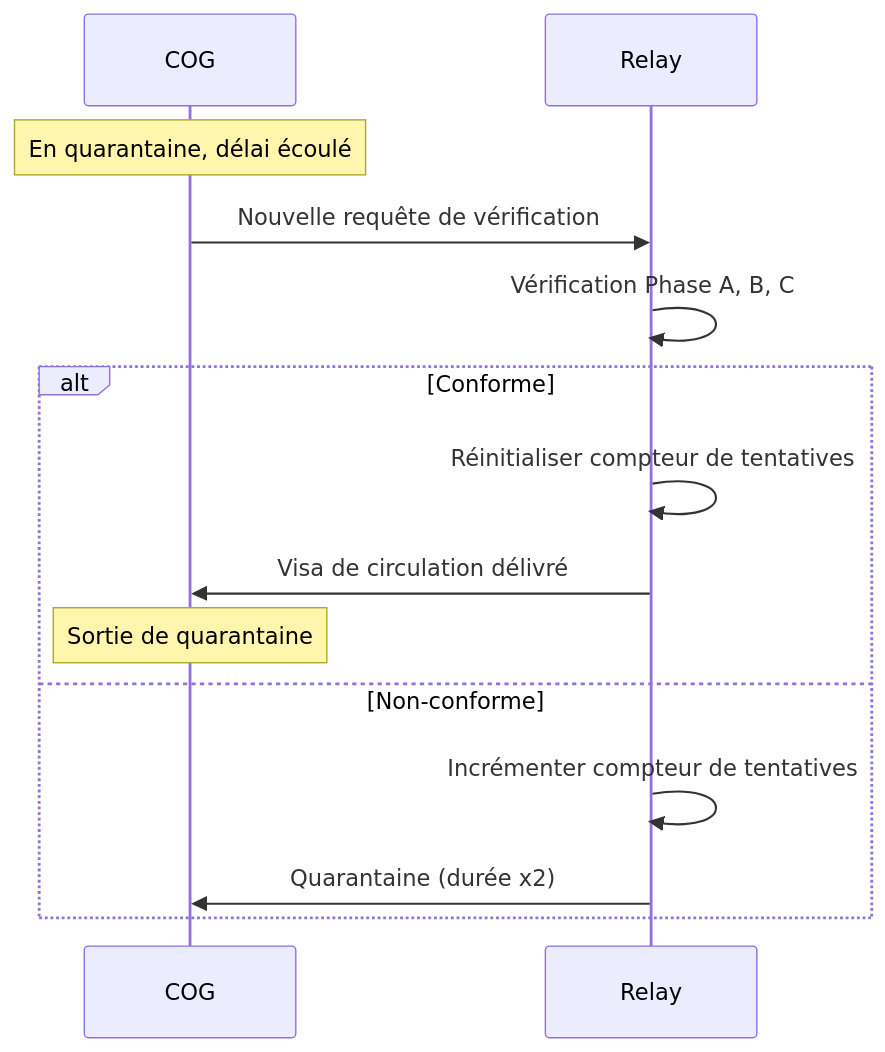
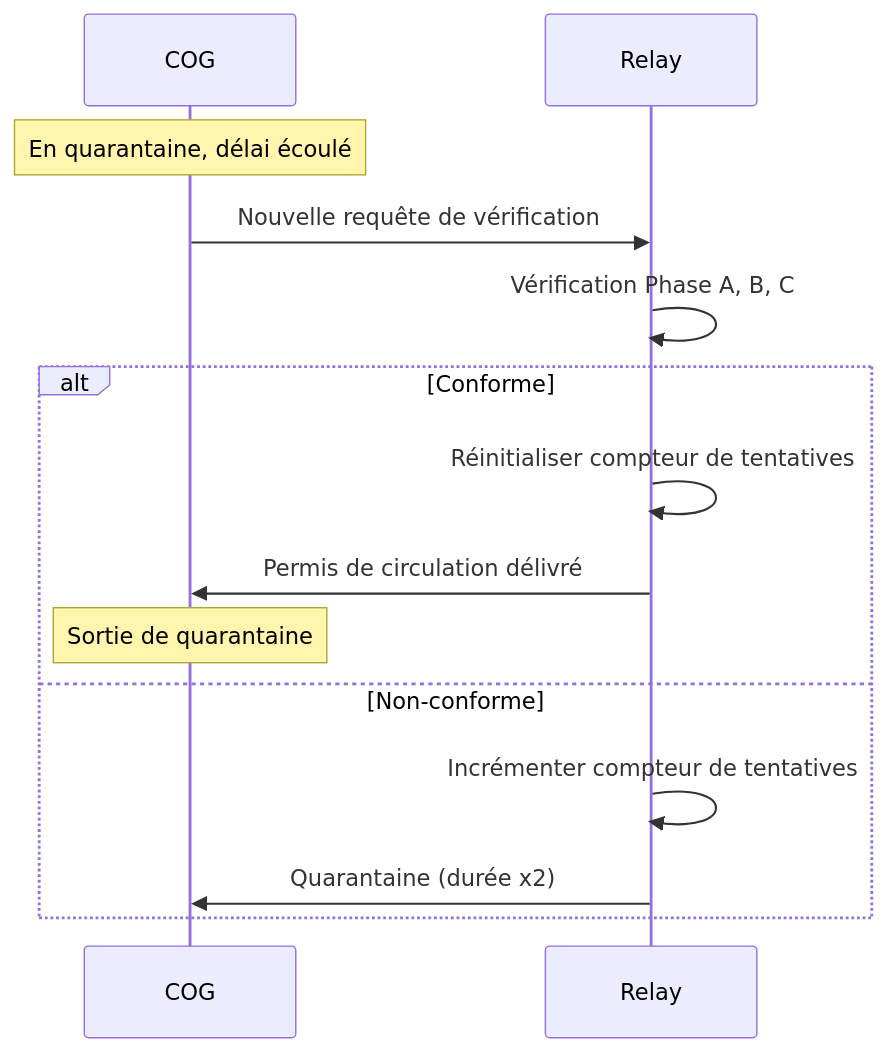
Before and after one commit to StudioMiyukini/miyukini_cog: the third of 5 diagrams in docs/miyukini-webway-system/securite/MWS - Quarantaine et Blacklist.md, drawn with Mermaid. The commit also changed other lines of this file and 17 other files, not shown here.

````diff
--- a/docs/miyukini-webway-system/securite/MWS - Quarantaine et Blacklist.md
+++ b/docs/miyukini-webway-system/securite/MWS - Quarantaine et Blacklist.md
@@ -169,17 +169,17 @@
 ```mermaid
 sequenceDiagram
     participant COG as COG
     participant R as Relay
 
     Note over COG: En quarantaine, délai écoulé
     COG->>R: Nouvelle requête de vérification
     R->>R: Vérification Phase A, B, C
     alt Conforme
         R->>R: Réinitialiser compteur de tentatives
-        R->>COG: Visa de circulation délivré
+        R->>COG: Permis de circulation délivré
         Note over COG: Sortie de quarantaine
     else Non-conforme
         R->>R: Incrémenter compteur de tentatives
         R->>COG: Quarantaine (durée x2)
     end
 ```
````
